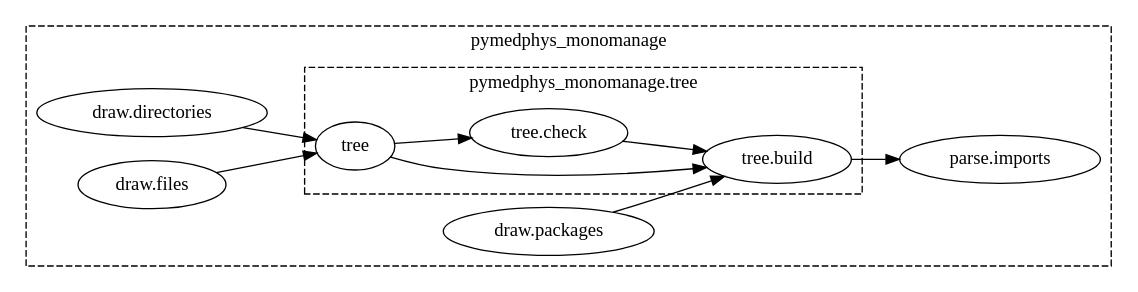
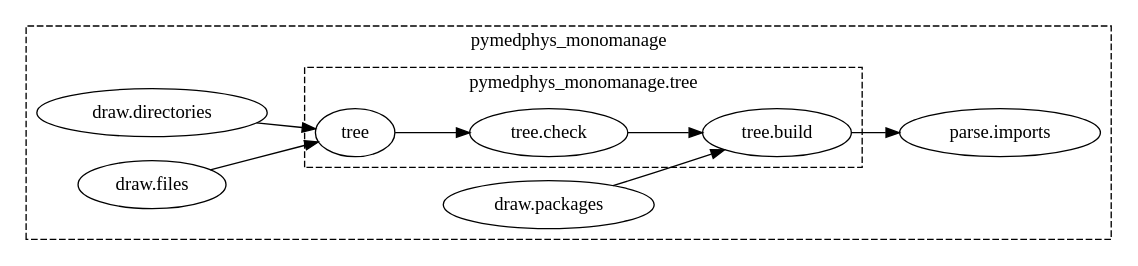
One commit to pymedphys/pymedphys changed the diagram in docs/graphs/pymedphys_monomanage.tree.dot. Above: the diagram before and after it, drawn with Graphviz. The commit also changed 49 other files, not shown here.

Commit message:
make graph draw be compatible with windows

```diff
--- a/docs/graphs/pymedphys_monomanage.tree.dot
+++ b/docs/graphs/pymedphys_monomanage.tree.dot
@@ -1,39 +1,33 @@
-strict digraph  {
-    rankdir = LR;
-
-    subgraph cluster_0 {
-        "pymedphys_monomanage.draw.directories";
-"pymedphys_monomanage.draw.files";
-"pymedphys_monomanage.draw.packages";
-"pymedphys_monomanage.parse.imports";
-        label = "pymedphys_monomanage";
-        style = dashed;
-
-        subgraph cluster_1 {
-            { rank = same; "pymedphys_monomanage.tree.build"; }
-            { rank = same; "pymedphys_monomanage.tree.check"; }
-            { rank = same; "pymedphys_monomanage.tree"; }
-
-            label = "pymedphys_monomanage.tree"
-        }
-    }
-
-    "pymedphys_monomanage.draw.directories" [label="draw.directories"];
-    "pymedphys_monomanage.draw.files" [label="draw.files"];
-    "pymedphys_monomanage.draw.packages" [label="draw.packages"];
-    "pymedphys_monomanage.parse.imports" [label="parse.imports"];
-    "pymedphys_monomanage.tree" [label="tree"];
-    "pymedphys_monomanage.tree.build" [label="tree.build"];
-    "pymedphys_monomanage.tree.check" [label="tree.check"];
-
-    "pymedphys_monomanage.tree" -> "pymedphys_monomanage.tree.build";
-    "pymedphys_monomanage.tree" -> "pymedphys_monomanage.tree.check";
-    "pymedphys_monomanage.draw.directories" -> "pymedphys_monomanage.tree";
-    "pymedphys_monomanage.draw.files" -> "pymedphys_monomanage.tree";
-    "pymedphys_monomanage.tree.build" -> "pymedphys_monomanage.parse.imports";
-    "pymedphys_monomanage.draw.packages" -> "pymedphys_monomanage.tree.build";
-    "pymedphys_monomanage.tree" -> "pymedphys_monomanage.tree.build";
-    "pymedphys_monomanage.tree.check" -> "pymedphys_monomanage.tree.build";
-    "pymedphys_monomanage.tree.check" -> "pymedphys_monomanage.tree.build";
-    "pymedphys_monomanage.tree" -> "pymedphys_monomanage.tree.check";
+strict digraph {
+	graph [rankdir=LR];
+	subgraph cluster_0 {
+		graph [label=pymedphys_monomanage,
+			style=dashed
+		];
+		subgraph cluster_1 {
+			graph [label="pymedphys_monomanage.tree"];
+			{
+				graph [rank=same];
+				"pymedphys_monomanage.tree.build"				 [label="tree.build"];
+			}
+			{
+				graph [rank=same];
+				"pymedphys_monomanage.tree.check"				 [label="tree.check"];
+			}
+			{
+				graph [rank=same];
+				"pymedphys_monomanage.tree"				 [label=tree];
+			}
+		}
+		"pymedphys_monomanage.draw.directories"		 [label="draw.directories"];
+		"pymedphys_monomanage.draw.files"		 [label="draw.files"];
+		"pymedphys_monomanage.draw.packages"		 [label="draw.packages"];
+		"pymedphys_monomanage.parse.imports"		 [label="parse.imports"];
+	}
+	"pymedphys_monomanage.draw.directories" -> "pymedphys_monomanage.tree";
+	"pymedphys_monomanage.draw.files" -> "pymedphys_monomanage.tree";
+	"pymedphys_monomanage.draw.packages" -> "pymedphys_monomanage.tree.build";
+	"pymedphys_monomanage.tree.build" -> "pymedphys_monomanage.parse.imports";
+	"pymedphys_monomanage.tree.check" -> "pymedphys_monomanage.tree.build";
+	"pymedphys_monomanage.tree" -> "pymedphys_monomanage.tree.check";
 }
```
